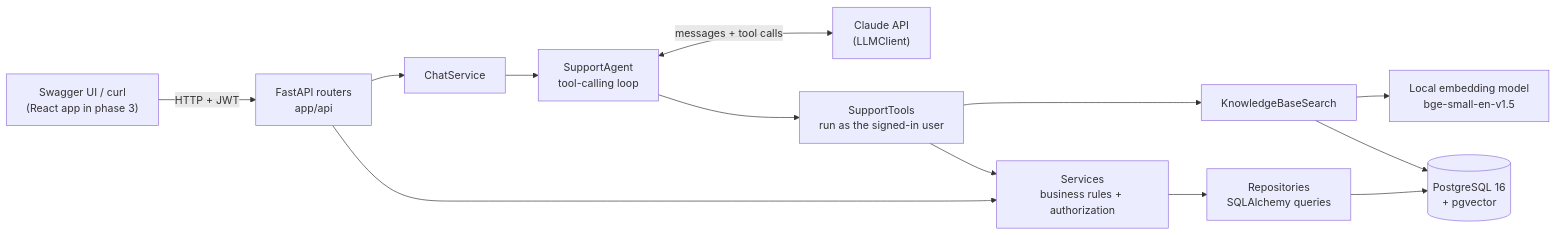
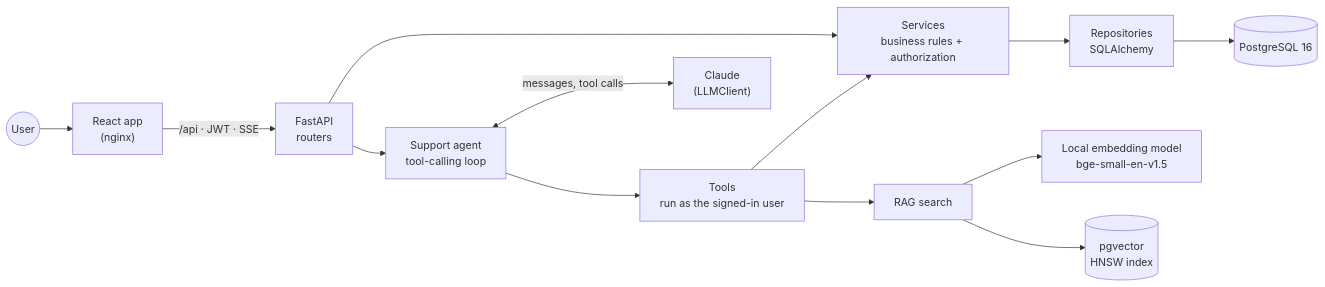
The first of 3 diagrams in README.md (InviXtaHydra/invixta), drawn with Mermaid before and after one commit. The commit also changed other lines of this file and 7 other files, not shown here.

````diff
--- a/README.md
+++ b/README.md
@@ -9,15 +33,15 @@
 ```mermaid
 flowchart LR
-    Client["Swagger UI / curl<br/>(React app in phase 3)"] -->|HTTP + JWT| API["FastAPI routers<br/>app/api"]
-    API --> Services["Services<br/>business rules + authorization"]
-    API --> Chat["ChatService"]
-    Chat --> Agent["SupportAgent<br/>tool-calling loop"]
-    Agent <-->|messages + tool calls| LLM["Claude API<br/>(LLMClient)"]
-    Agent --> Tools["SupportTools<br/>run as the signed-in user"]
+    User((User)) --> React["React app<br/>(nginx)"]
+    React -->|"/api · JWT · SSE"| FastAPI["FastAPI<br/>routers"]
+    FastAPI --> Services["Services<br/>business rules + authorization"]
+    FastAPI --> Agent["Support agent<br/>tool-calling loop"]
+    Agent <-->|messages, tool calls| LLM["Claude<br/>(LLMClient)"]
+    Agent --> Tools["Tools<br/>run as the signed-in user"]
     Tools --> Services
-    Tools --> Search["KnowledgeBaseSearch"]
-    Search --> Embed["Local embedding model<br/>bge-small-en-v1.5"]
-    Services --> Repos["Repositories<br/>SQLAlchemy queries"]
-    Repos --> DB[("PostgreSQL 16<br/>+ pgvector")]
-    Search --> DB
+    Tools --> RAG["RAG search"]
+    RAG --> Embed["Local embedding model<br/>bge-small-en-v1.5"]
+    Services --> Repos["Repositories<br/>SQLAlchemy"]
+    Repos --> PG[("PostgreSQL 16")]
+    RAG --> PGV[("pgvector<br/>HNSW index")]
 ```
````
